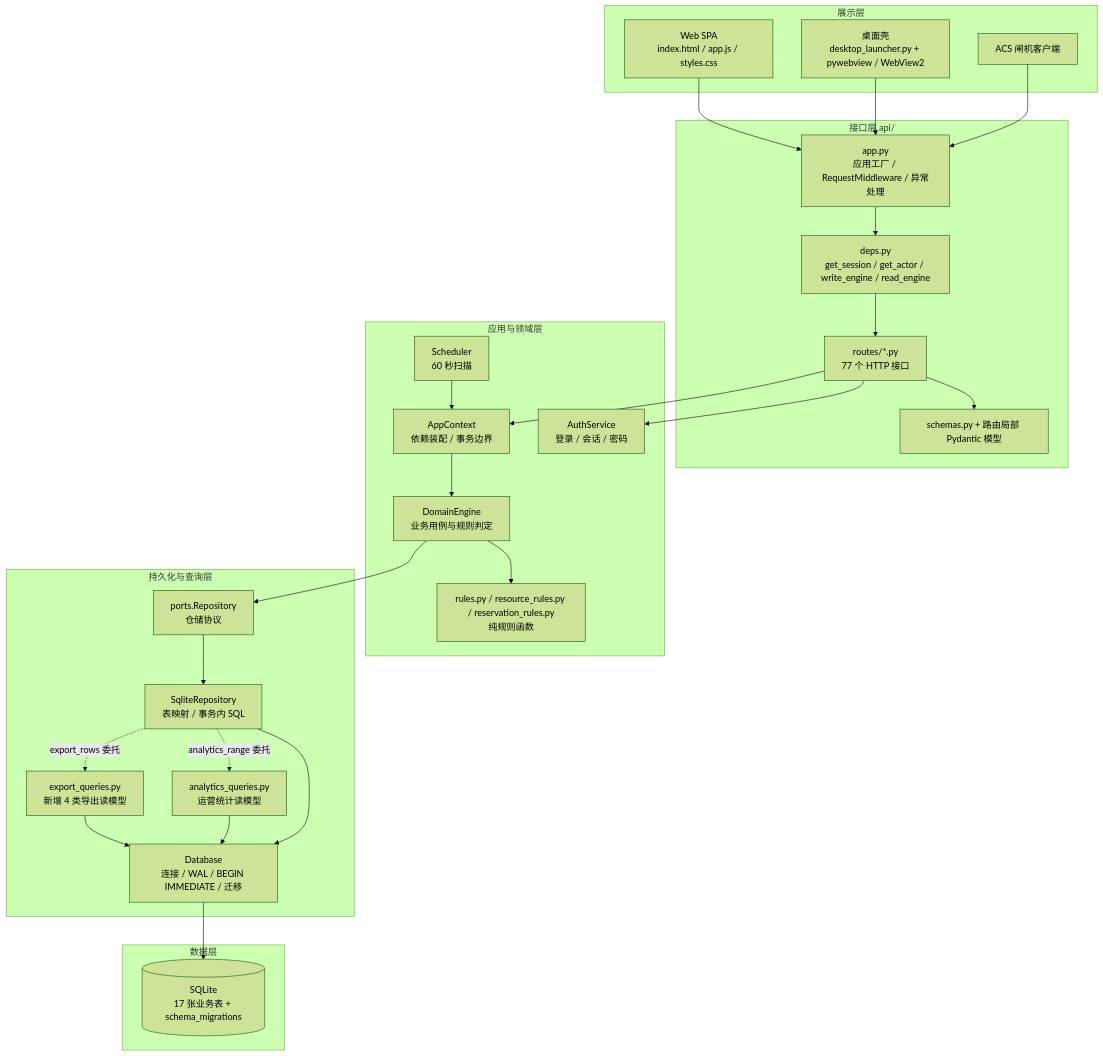
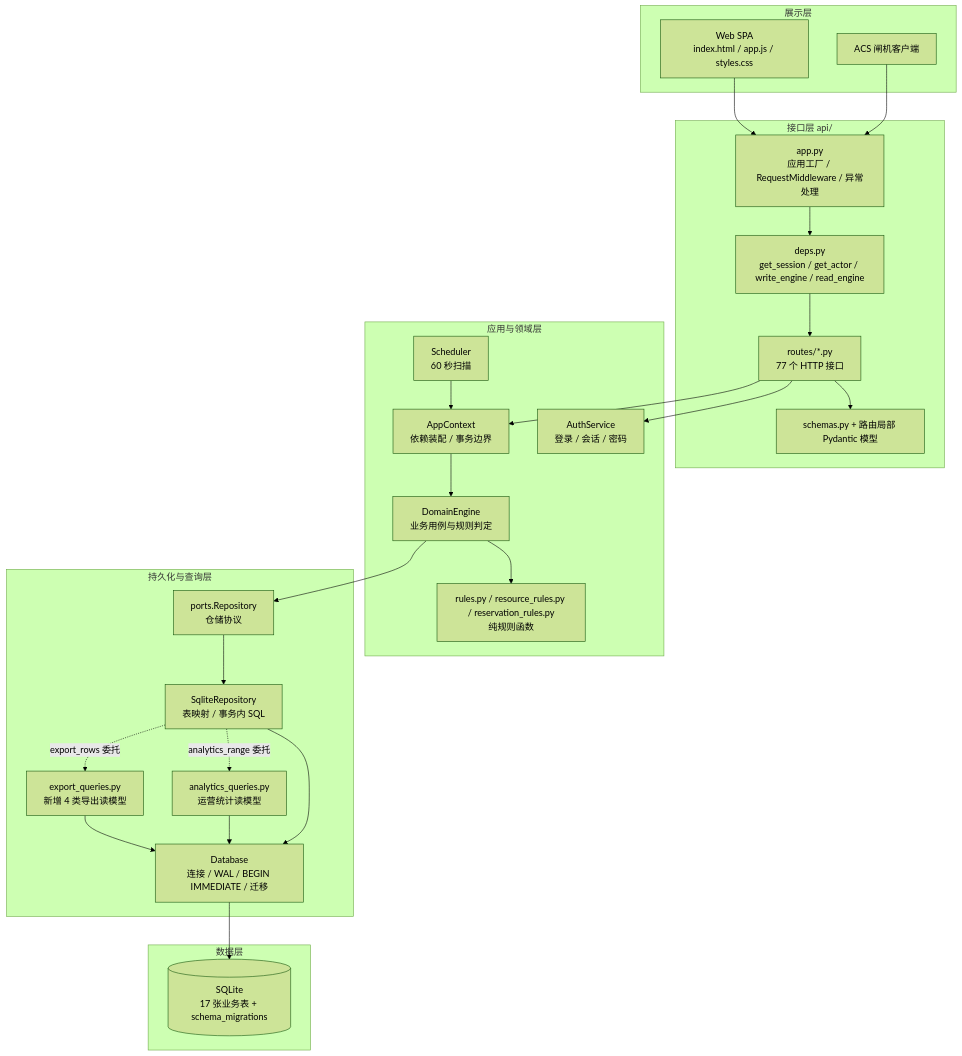
The first of 8 diagrams in docs/系统架构设计报告.md (gagachen51/seat_reservations), drawn with Mermaid (forest theme) before and after one commit. The commit also changed other lines of this file and 23 other files, not shown here.

````diff
--- a/docs/系统架构设计报告.md
+++ b/docs/系统架构设计报告.md
@@ -127,55 +125,53 @@
 ```mermaid
 flowchart TB
   subgraph P["展示层"]
     SPA["Web SPA<br/>index.html / app.js / styles.css"]
-    DESK["桌面壳<br/>desktop_launcher.py + pywebview / WebView2"]
     ACS["ACS 闸机客户端"]
   end
 
   subgraph I["接口层 api/"]
     APP["app.py<br/>应用工厂 / RequestMiddleware / 异常处理"]
     DEPS["deps.py<br/>get_session / get_actor / write_engine / read_engine"]
     ROUTES["routes/*.py<br/>77 个 HTTP 接口"]
     SCHEMA["schemas.py + 路由局部 Pydantic 模型"]
   end
 
   subgraph A["应用与领域层"]
     AUTH["AuthService<br/>登录 / 会话 / 密码"]
     CTX["AppContext<br/>依赖装配 / 事务边界"]
     SCH["Scheduler<br/>60 秒扫描"]
     ENGINE["DomainEngine<br/>业务用例与规则判定"]
     RULES["rules.py / resource_rules.py / reservation_rules.py<br/>纯规则函数"]
   end
 
   subgraph S["持久化与查询层"]
     PORT["ports.Repository<br/>仓储协议"]
     REPO["SqliteRepository<br/>表映射 / 事务内 SQL"]
     AQ["analytics_queries.py<br/>运营统计读模型"]
     EQ["export_queries.py<br/>新增 4 类导出读模型"]
     DB["Database<br/>连接 / WAL / BEGIN IMMEDIATE / 迁移"]
   end
 
   subgraph D["数据层"]
     SQLITE[("SQLite<br/>17 张业务表 + schema_migrations")]
   end
 
   SPA --> APP
-  DESK --> APP
   ACS --> APP
   APP --> DEPS
   DEPS --> ROUTES
   ROUTES --> SCHEMA
   ROUTES --> AUTH
   ROUTES --> CTX
   CTX --> ENGINE
   ENGINE --> RULES
   ENGINE --> PORT
   PORT --> REPO
   REPO --> DB
   DB --> SQLITE
   SCH --> CTX
   REPO -.->|analytics_range 委托| AQ
   REPO -.->|export_rows 委托| EQ
   AQ --> DB
   EQ --> DB
 ```
````
